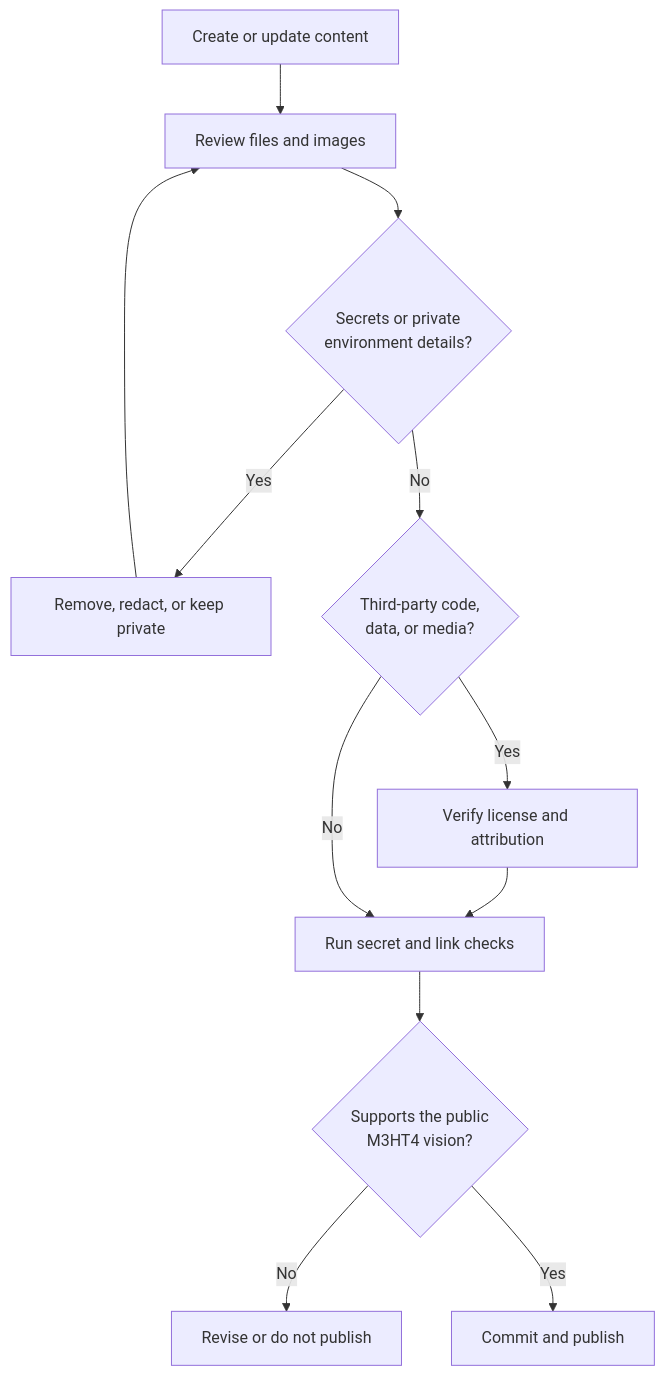
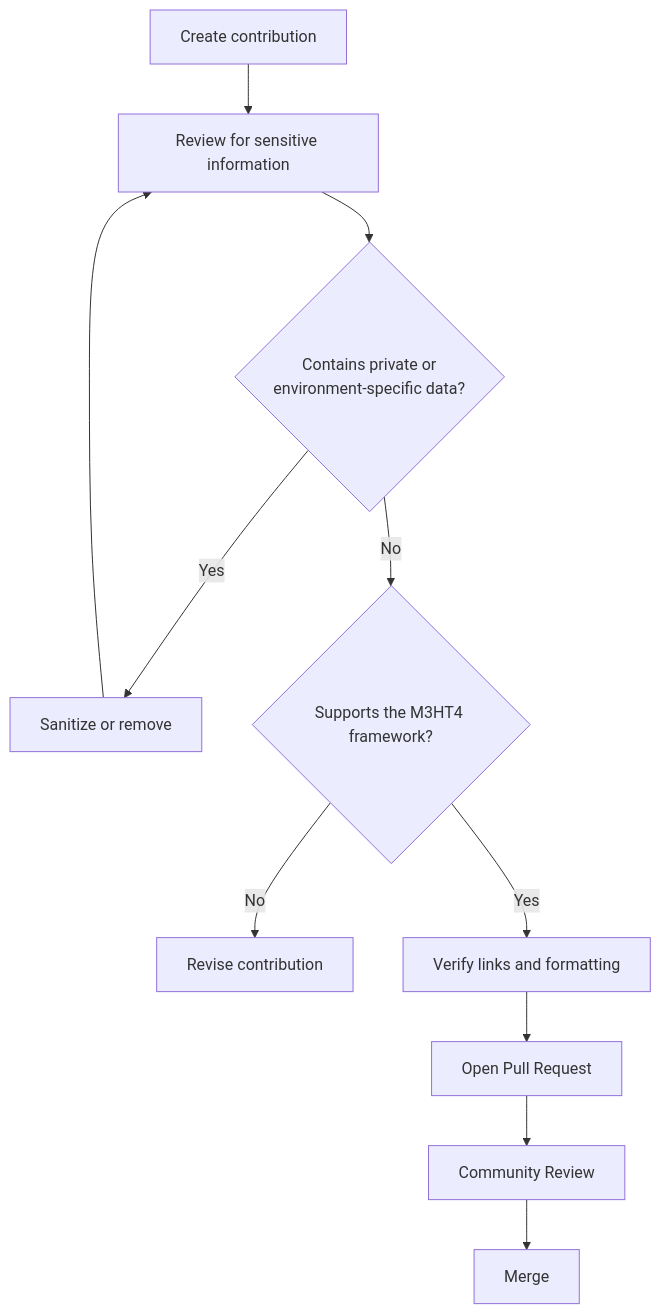
The diagram in docs/security/publication-safety.md (MehtaPar/M3HT4), drawn with Mermaid before and after one commit. The commit also changed other lines of this file, not shown here.

First line of the commit message:
Revise publication safety guidelines for clarity

````diff
--- a/docs/security/publication-safety.md
+++ b/docs/security/publication-safety.md
@@ -36,14 +95,21 @@
 ```mermaid
 flowchart TD
-    A["Create or update content"] --> B["Review files and images"]
-    B --> C{"Secrets or private<br/>environment details?"}
-    C -- Yes --> D["Remove, redact, or keep private"]
+    A["Create contribution"] --> B["Review for sensitive information"]
+
+    B --> C{"Contains private or<br/>environment-specific data?"}
+
+    C -- Yes --> D["Sanitize or remove"]
     D --> B
-    C -- No --> E{"Third-party code,<br/>data, or media?"}
-    E -- Yes --> F["Verify license and attribution"]
-    F --> G["Run secret and link checks"]
-    E -- No --> G
-    G --> H{"Supports the public<br/>M3HT4 vision?"}
-    H -- No --> I["Revise or do not publish"]
-    H -- Yes --> J["Commit and publish"]
+
+    C -- No --> E{"Supports the M3HT4 framework?"}
+
+    E -- No --> F["Revise contribution"]
+
+    E -- Yes --> G["Verify links and formatting"]
+
+    G --> H["Open Pull Request"]
+
+    H --> I["Community Review"]
+
+    I --> J["Merge"]
 ```
````
